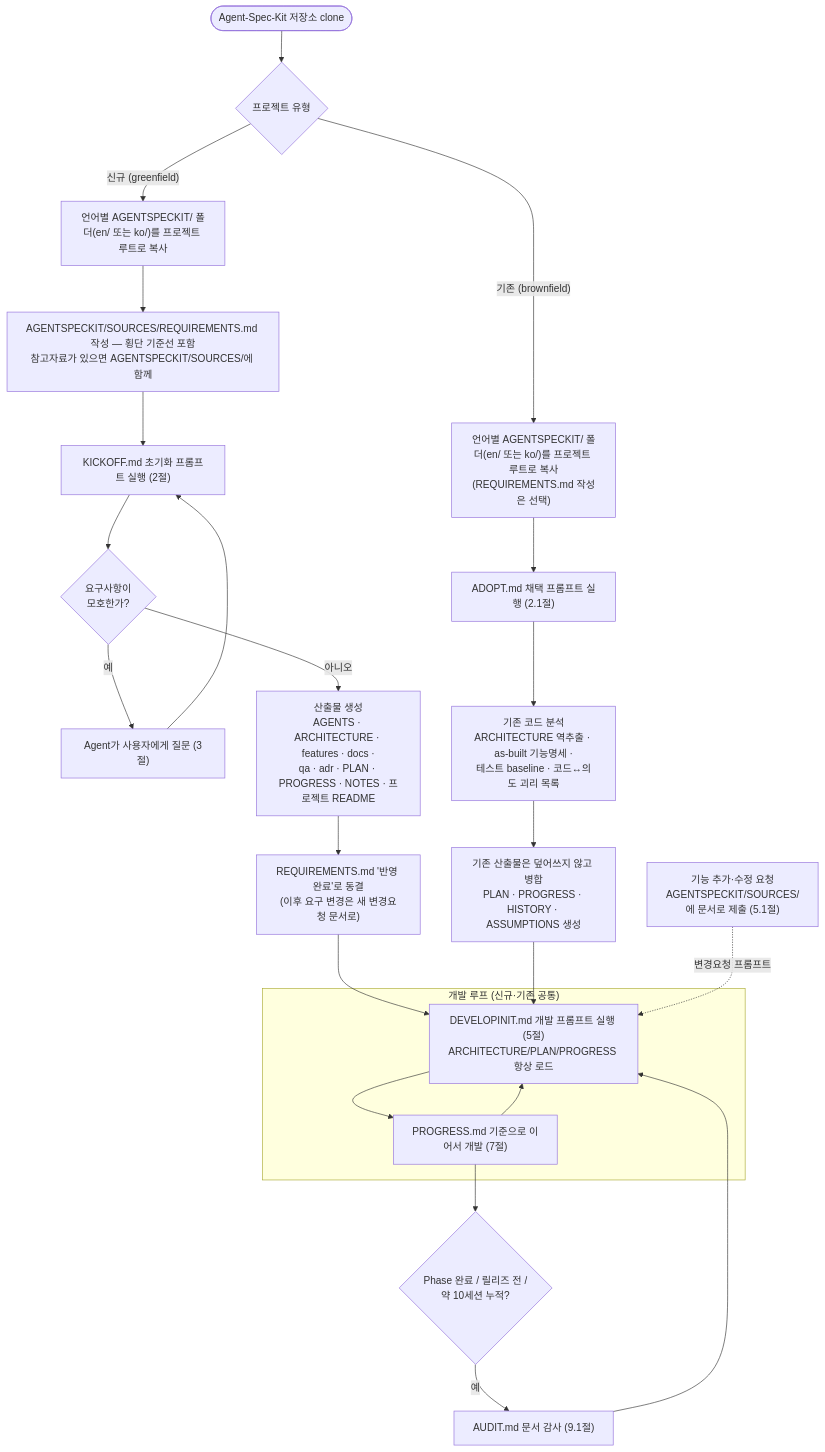
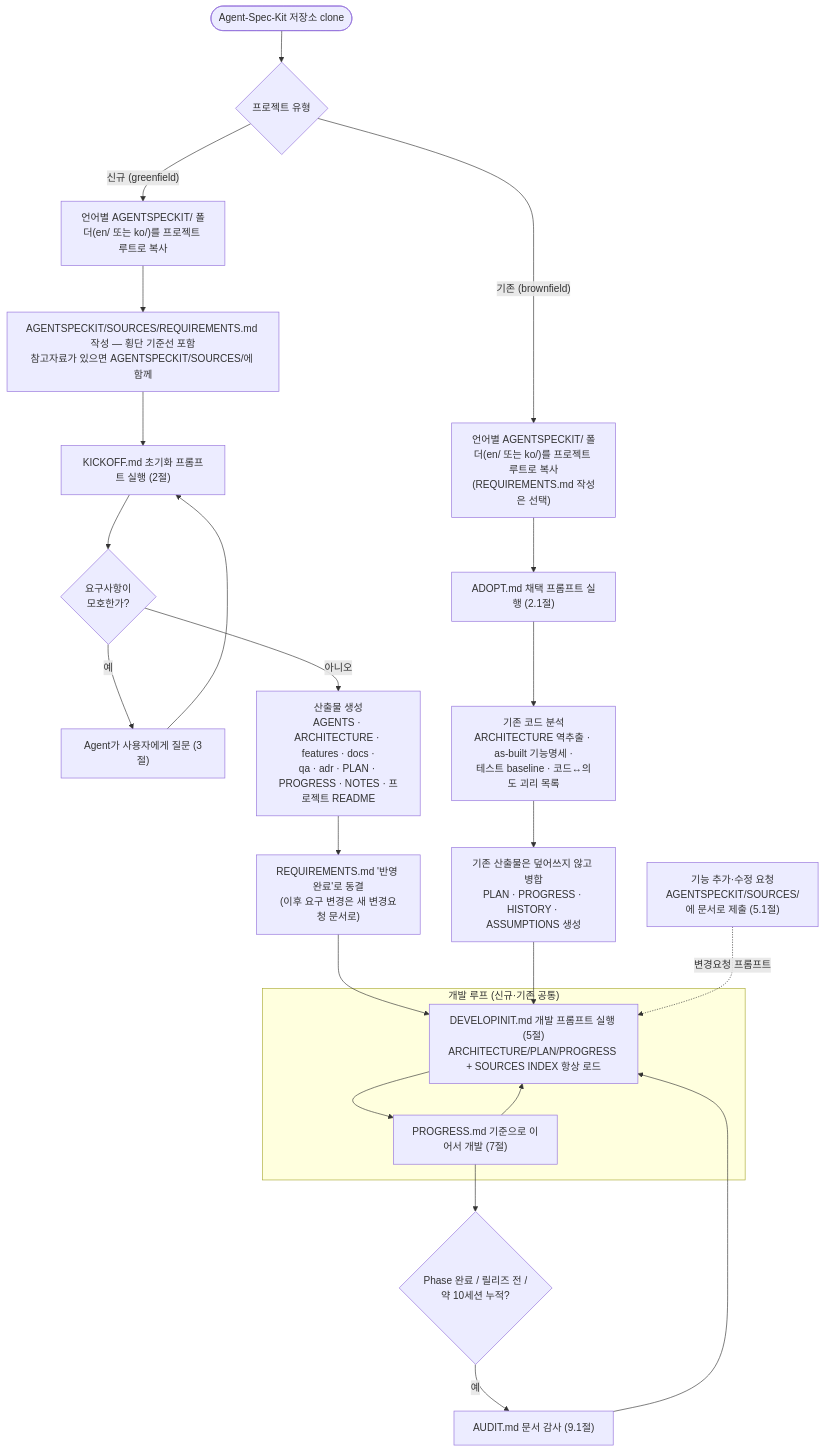
Before and after one commit to hellomyoh/Agent-Spec-Kit: the diagram in README.ko.md, drawn with Mermaid. The commit also changed other lines of this file and 3 other files, not shown here.

````diff
--- a/README.ko.md
+++ b/README.ko.md
@@ -707,34 +713,34 @@
 ```mermaid
 flowchart TD
     Start(["Agent-Spec-Kit 저장소 clone"]) --> Type{"프로젝트 유형"}
 
     %% ── 신규 프로젝트 경로 ──
     Type -->|"신규 (greenfield)"| G1["언어별 AGENTSPECKIT/ 폴더(en/ 또는 ko/)를 프로젝트 루트로 복사"]
     G1 --> G2["AGENTSPECKIT/SOURCES/REQUIREMENTS.md 작성 — 횡단 기준선 포함<br/>참고자료가 있으면 AGENTSPECKIT/SOURCES/에 함께"]
     G2 --> G3["KICKOFF.md 초기화 프롬프트 실행 (2절)"]
     G3 --> G4{"요구사항이<br/>모호한가?"}
     G4 -->|"예"| G5["Agent가 사용자에게 질문 (3절)"]
     G5 --> G3
     G4 -->|"아니오"| G6["산출물 생성<br/>AGENTS · ARCHITECTURE · features · docs ·<br/>qa · adr · PLAN · PROGRESS · NOTES · 프로젝트 README"]
     G6 --> G7["REQUIREMENTS.md '반영 완료'로 동결<br/>(이후 요구 변경은 새 변경요청 문서로)"]
 
     %% ── 기존 프로젝트 경로 ──
     Type -->|"기존 (brownfield)"| B1["언어별 AGENTSPECKIT/ 폴더(en/ 또는 ko/)를 프로젝트 루트로 복사<br/>(REQUIREMENTS.md 작성은 선택)"]
     B1 --> B2["ADOPT.md 채택 프롬프트 실행 (2.1절)"]
     B2 --> B3["기존 코드 분석<br/>ARCHITECTURE 역추출 · as-built 기능명세 ·<br/>테스트 baseline · 코드↔의도 괴리 목록"]
     B3 --> B4["기존 산출물은 덮어쓰지 않고 병합<br/>PLAN · PROGRESS · HISTORY · ASSUMPTIONS 생성"]
 
     %% ── 공통 개발 루프 ──
     subgraph DEV["개발 루프 (신규·기존 공통)"]
-        D1["DEVELOPINIT.md 개발 프롬프트 실행 (5절)<br/>ARCHITECTURE/PLAN/PROGRESS 항상 로드"]
+        D1["DEVELOPINIT.md 개발 프롬프트 실행 (5절)<br/>ARCHITECTURE/PLAN/PROGRESS + SOURCES INDEX 항상 로드"]
         D1 --> D2["PROGRESS.md 기준으로 이어서 개발 (7절)"]
         D2 --> D1
     end
 
     G7 --> D1
     B4 --> D1
     CR["기능 추가·수정 요청<br/>AGENTSPECKIT/SOURCES/에 문서로 제출 (5.1절)"] -.->|"변경요청 프롬프트"| D1
     D2 --> AQ{"Phase 완료 / 릴리즈 전 /<br/>약 10세션 누적?"}
     AQ -->|"예"| AU["AUDIT.md 문서 감사 (9.1절)"]
     AU --> D1
 ```
````
